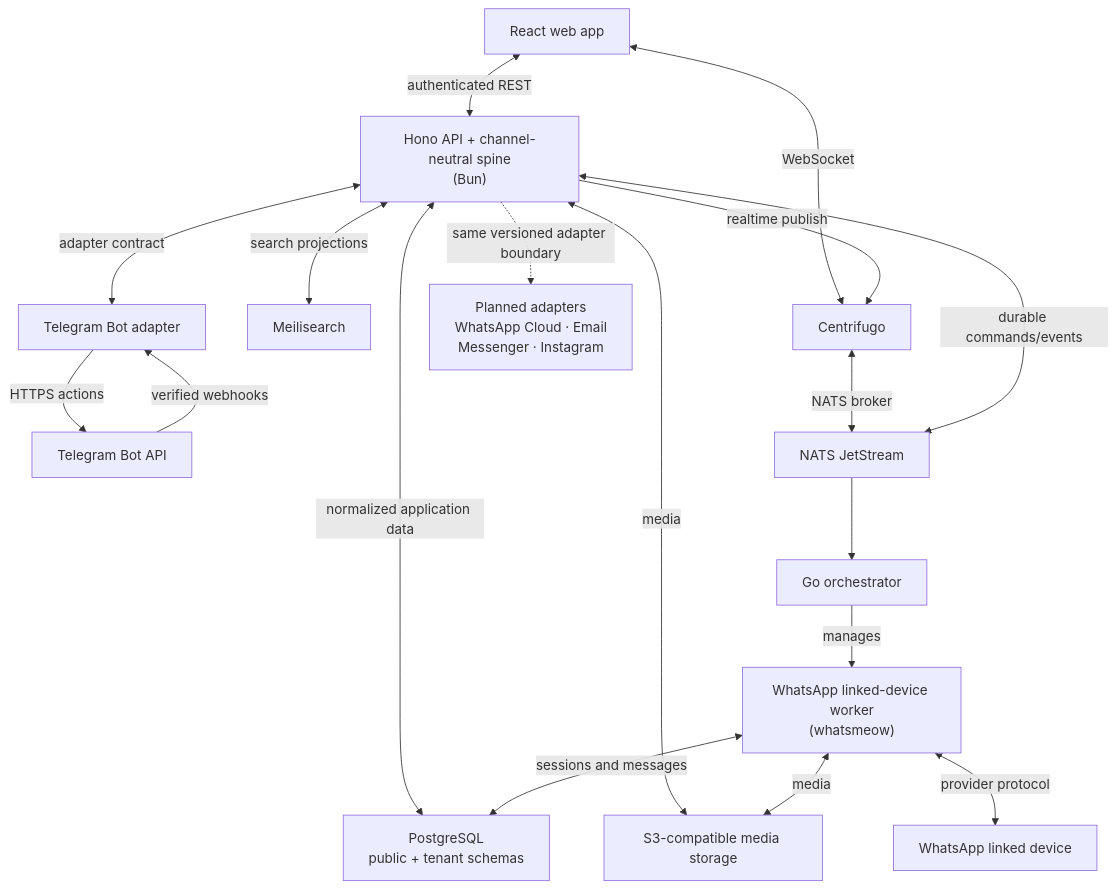
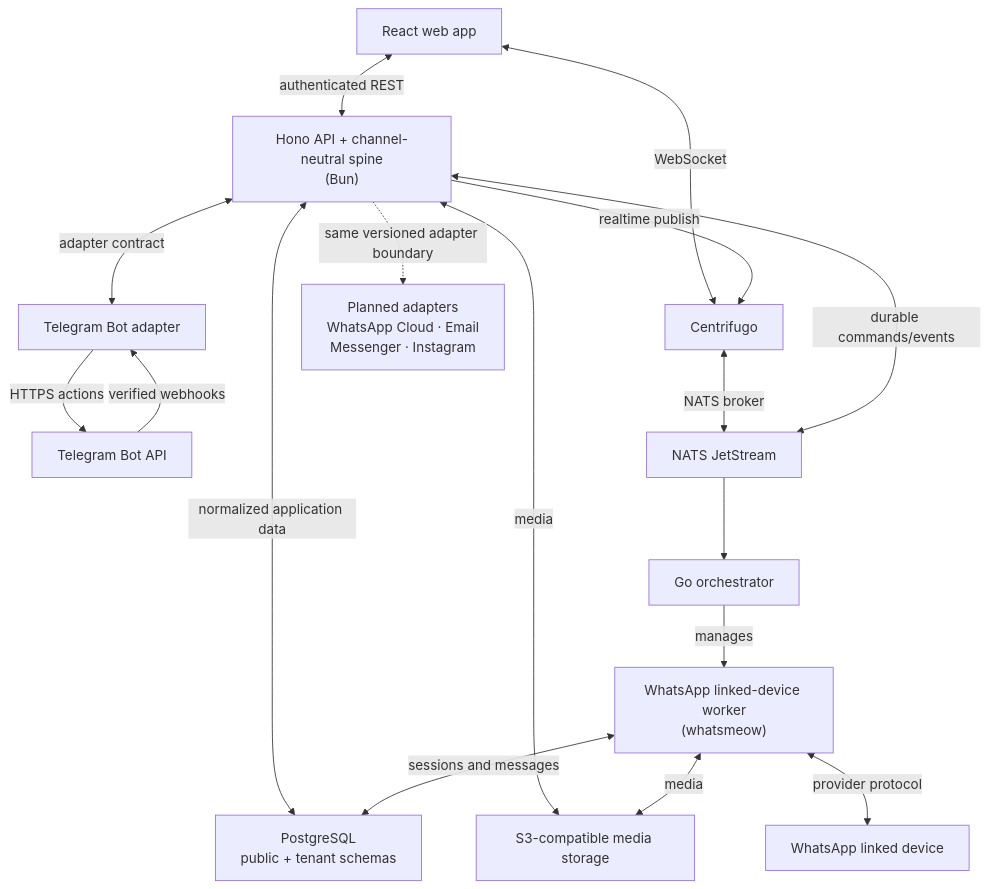
The diagram in data/readmes/ygncode__wateaminbox.md (zqf20096327/dbhub_collect), drawn with Mermaid before and after one commit. The commit also changed other lines of this file and 983 other files, not shown here.

````diff
--- a/data/readmes/ygncode__wateaminbox.md
+++ b/data/readmes/ygncode__wateaminbox.md
@@ -45,40 +49,38 @@
 ```mermaid
 flowchart TB
     web["React web app"]
     api["Hono API + channel-neutral spine<br/>(Bun)"]
     centrifugo["Centrifugo"]
     postgres["PostgreSQL<br/>public + tenant schemas"]
     storage["S3-compatible media storage"]
-    search["Meilisearch"]
 
     telegramAdapter["Telegram Bot adapter"]
     telegram["Telegram Bot API"]
 
     nats["NATS JetStream"]
     orchestrator["Go orchestrator"]
     worker["WhatsApp linked-device worker<br/>(whatsmeow)"]
     whatsapp["WhatsApp linked device"]
 
     planned["Planned adapters<br/>WhatsApp Cloud · Email<br/>Messenger · Instagram"]
 
     web <-->|authenticated REST| api
     web <-->|WebSocket| centrifugo
     api -->|realtime publish| centrifugo
     centrifugo <-->|NATS broker| nats
     api <-->|normalized application data| postgres
     api <-->|media| storage
-    api <-->|search projections| search
 
     api <-->|adapter contract| telegramAdapter
     telegram -->|verified webhooks| telegramAdapter
     telegramAdapter -->|HTTPS actions| telegram
 
     api <-->|durable commands/events| nats
     nats --> orchestrator
     orchestrator -->|manages| worker
     worker <-->|sessions and messages| postgres
     worker <-->|media| storage
     worker <-->|provider protocol| whatsapp
 
     api -.->|same versioned adapter boundary| planned
 ```
````
